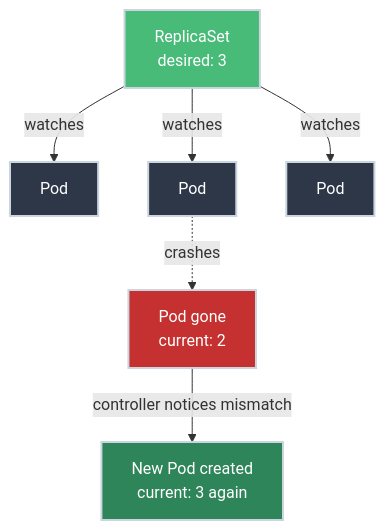
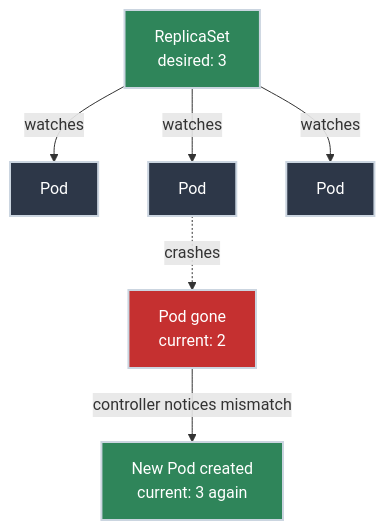
The diagram in docs/essentials/replicasets.md (bradpenney/exploring_kubernetes), drawn with Mermaid before and after one commit. The commit also changed other lines of this file and 21 other files, not shown here.

````diff
--- a/docs/essentials/replicasets.md
+++ b/docs/essentials/replicasets.md
@@ -15,15 +32,15 @@
 ```mermaid
 graph TD
     RS[ReplicaSet<br/>desired: 3] -->|watches| P1[Pod]
     RS -->|watches| P2[Pod]
     RS -->|watches| P3[Pod]
     P2 -.->|crashes| Gone[Pod gone<br/>current: 2]
     Gone -->|controller notices mismatch| New[New Pod created<br/>current: 3 again]
 
-    style RS fill:#48bb78,stroke:#cbd5e0,stroke-width:2px,color:#fff
+    style RS fill:#2f855a,stroke:#cbd5e0,stroke-width:2px,color:#fff
     style P1 fill:#2d3748,stroke:#cbd5e0,stroke-width:2px,color:#fff
     style P2 fill:#2d3748,stroke:#cbd5e0,stroke-width:2px,color:#fff
     style P3 fill:#2d3748,stroke:#cbd5e0,stroke-width:2px,color:#fff
     style Gone fill:#c53030,stroke:#cbd5e0,stroke-width:2px,color:#fff
     style New fill:#2f855a,stroke:#cbd5e0,stroke-width:2px,color:#fff
 ```
````
